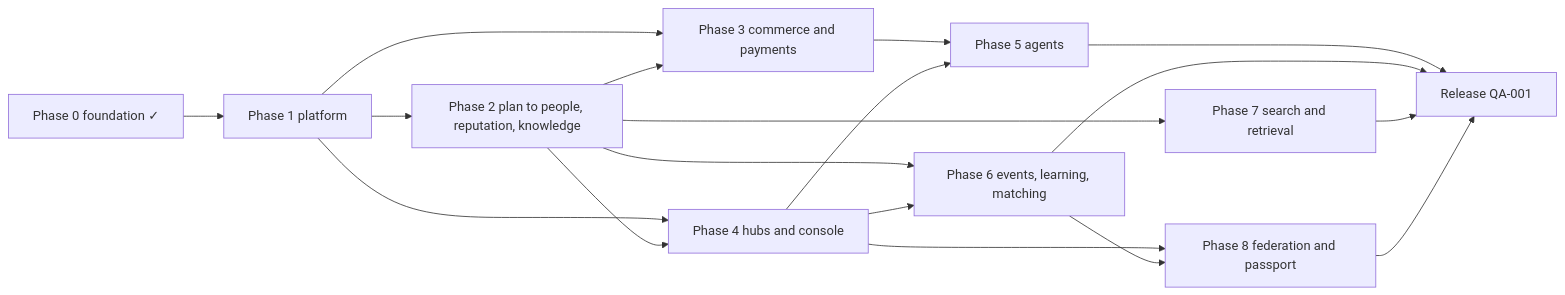
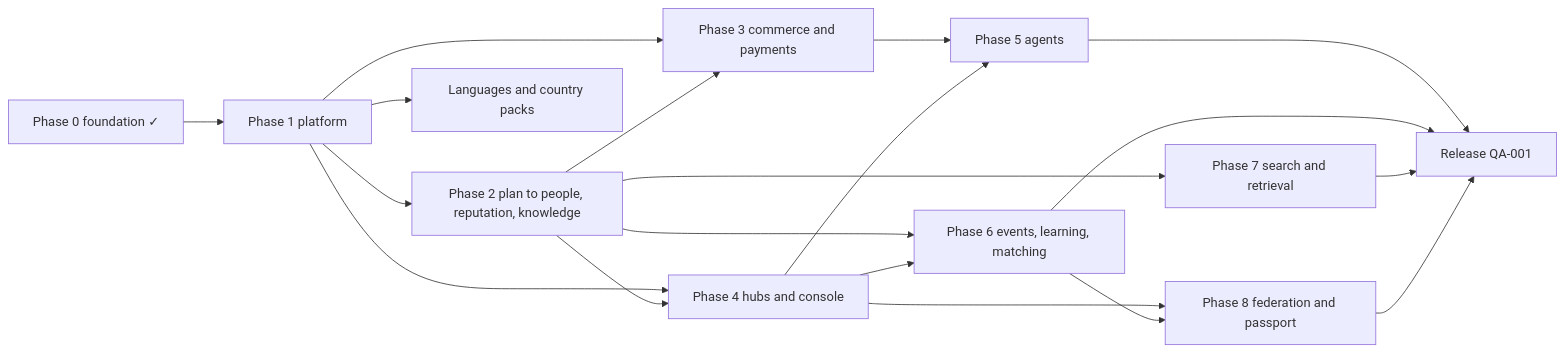
The diagram in docs/engine/roadmap.md (Contribuda/trustwork), drawn with Mermaid before and after one commit. The commit also changed other lines of this file and 32 other files, not shown here.

First line of the commit message:
Make Trustwork international by default: language and country-pack roadmap

````diff
--- a/docs/engine/roadmap.md
+++ b/docs/engine/roadmap.md
@@ -242,20 +288,21 @@
 ```mermaid
 flowchart LR
   F0[Phase 0 foundation ✓] --> P1[Phase 1 platform]
   P1 --> P2[Phase 2 plan to people, reputation, knowledge]
   P1 --> P3[Phase 3 commerce and payments]
   P2 --> P3
   P1 --> P4[Phase 4 hubs and console]
   P2 --> P4
   P3 --> P5[Phase 5 agents]
   P4 --> P5
   P2 --> P6[Phase 6 events, learning, matching]
   P4 --> P6
   P2 --> P7[Phase 7 search and retrieval]
   P4 --> P8[Phase 8 federation and passport]
   P6 --> P8
   P5 --> R[Release QA-001]
   P6 --> R
   P7 --> R
   P8 --> R
+  P1 --> INT[Languages and country packs]
 ```
````
